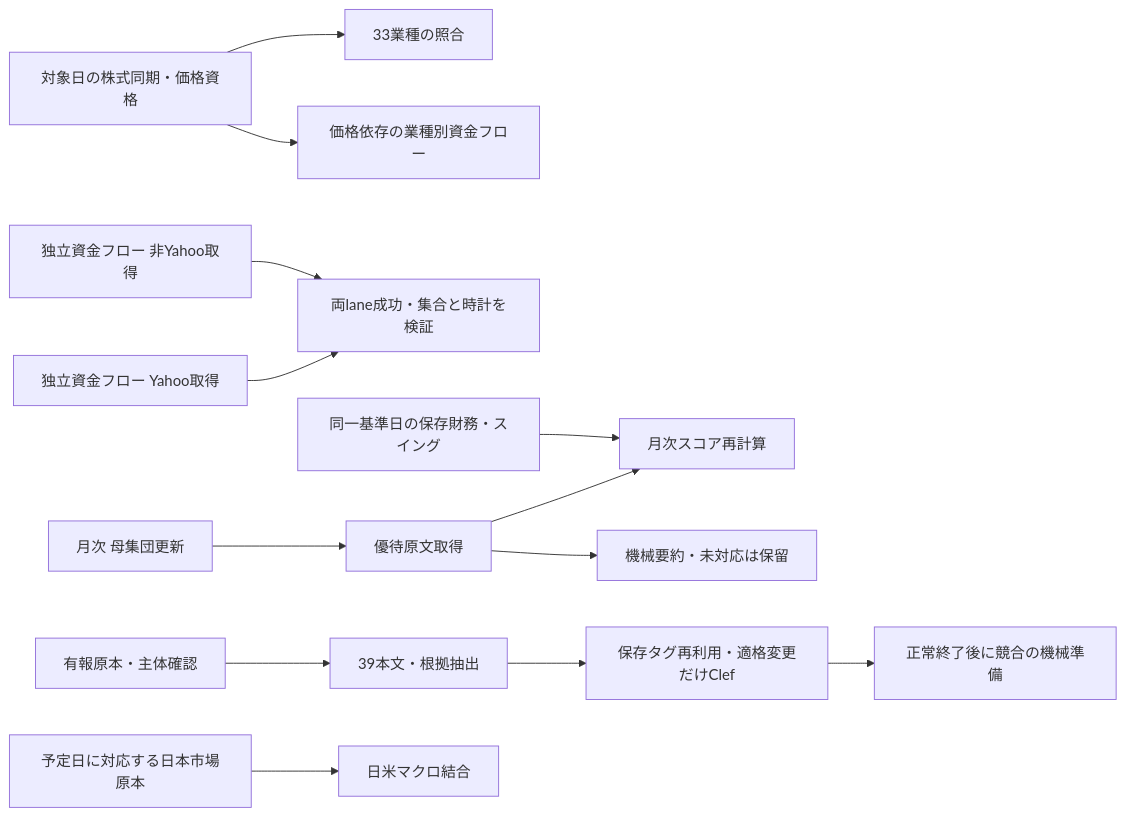
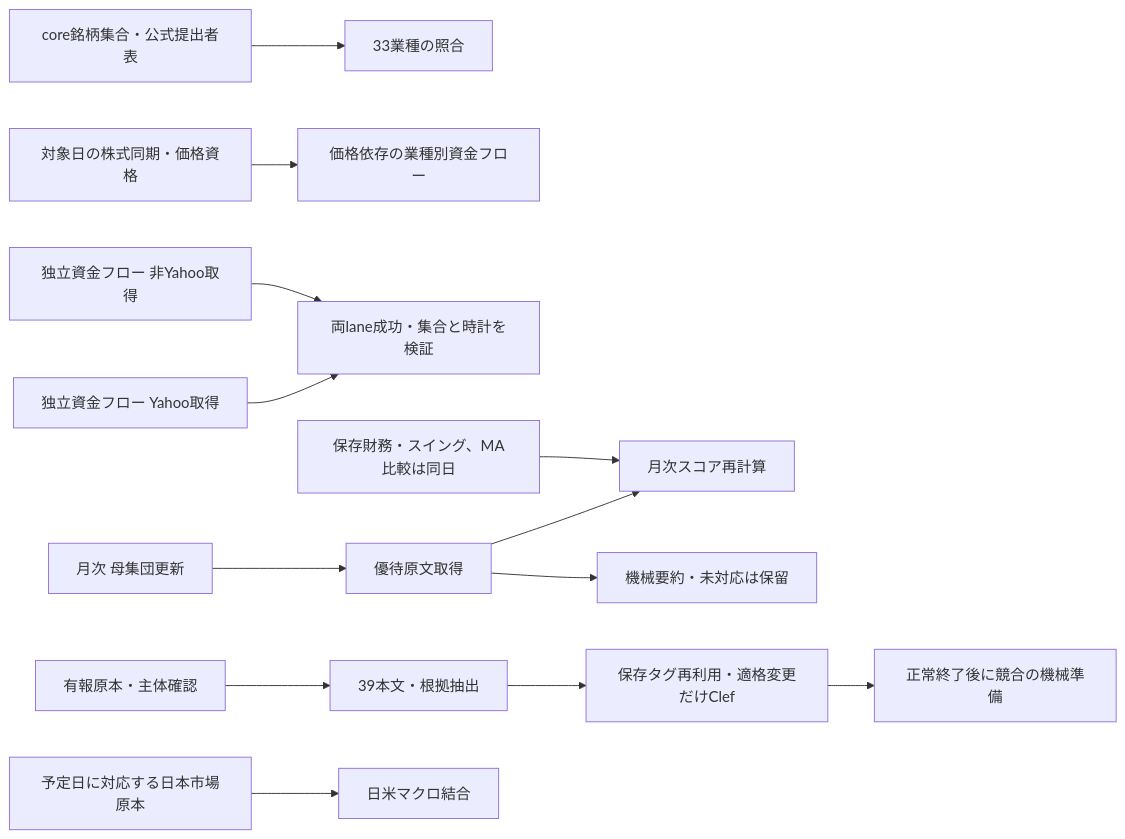
The diagram in docs/production-job-inventory.md (satoki252595/kabulab_tool_cloudflare), drawn with Mermaid before and after one commit. The commit also changed other lines of this file and 2 other files, not shown here.

Commit message:
docs(ops): 月次の比較資格と業種同期の実行順を区別する
MA比較の日付条件を全スコアの停止条件に広げず、業種対応の入力とworkflow順を分けて記録する。

````diff
--- a/docs/production-job-inventory.md
+++ b/docs/production-job-inventory.md
@@ -31,15 +31,15 @@
 ```mermaid
 flowchart LR
-  prices[対象日の株式同期・価格資格] --> sectors[33業種の照合]
-  prices --> flow[価格依存の業種別資金フロー]
+  master[core銘柄集合・公式提出者表] --> sectors[33業種の照合]
+  prices[対象日の株式同期・価格資格] --> flow[価格依存の業種別資金フロー]
   yahoo[独立資金フロー Yahoo取得] --> join[両lane成功・集合と時計を検証]
   other[独立資金フロー 非Yahoo取得] --> join
   universe[月次 母集団更新] --> benefits[優待原文取得]
   benefits --> score[月次スコア再計算]
-  stored[同一基準日の保存財務・スイング] --> score
+  stored[保存財務・スイング、MA比較は同日] --> score
   benefits --> summary[機械要約・未対応は保留]
   edinet[有報原本・主体確認] --> body[39本文・根拠抽出]
   body --> tags[保存タグ再利用・適格変更だけClef]
   tags --> prep[正常終了後に競合の機械準備]
   jp[予定日に対応する日本市場原本] --> macro[日米マクロ結合]
 ```
````
